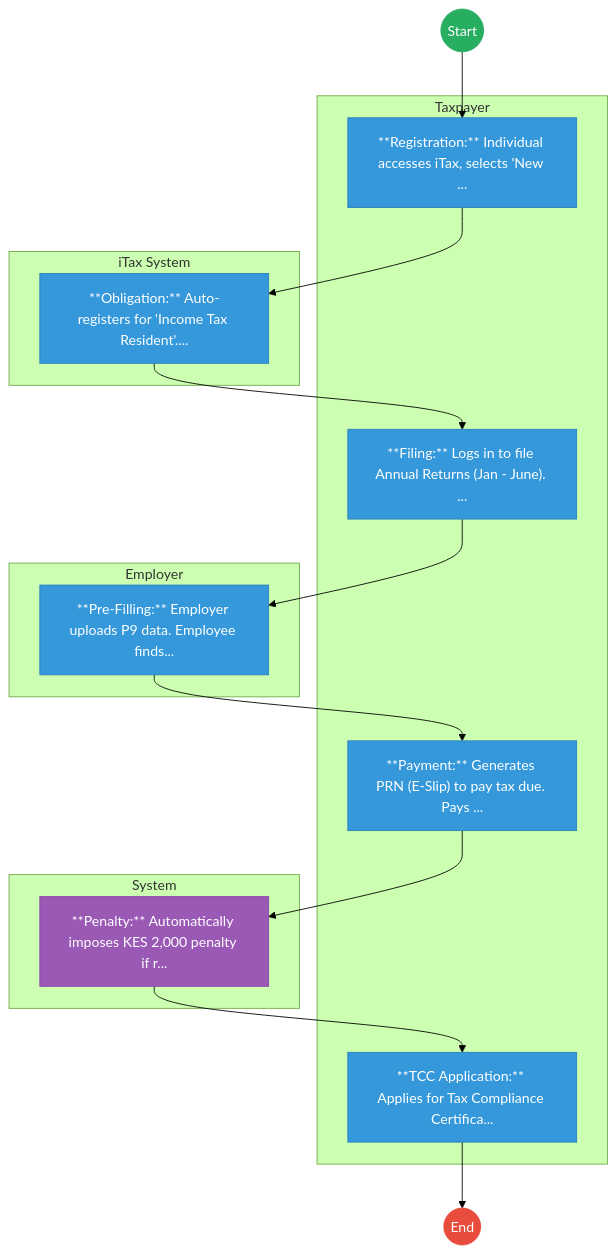
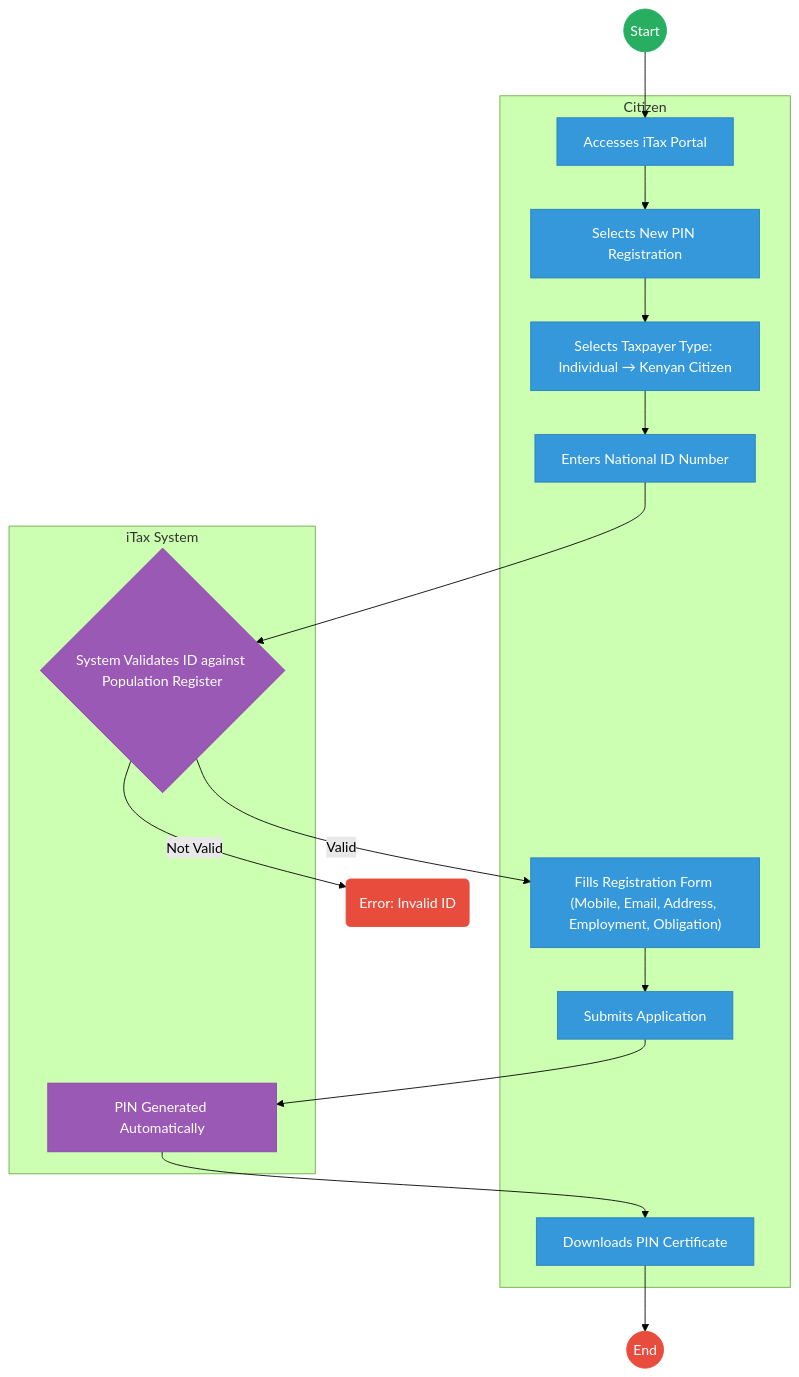
Before and after one commit to BITZ-IT-Consulting-LTD/ictapoc: the first of 2 diagrams in mdas/docs_final/KENYA_REVENUE_AUTHORITY_KRA____Tax_Return_Filing.md, drawn with Mermaid (forest theme). The commit also changed other lines of this file, not shown here.

````diff
--- a/mdas/docs_final/KENYA_REVENUE_AUTHORITY_KRA____Tax_Return_Filing.md
+++ b/mdas/docs_final/KENYA_REVENUE_AUTHORITY_KRA____Tax_Return_Filing.md
@@ -20,40 +33,43 @@
 ```mermaid
 graph TD
     Start((Start)) --> S1
 
-    subgraph Taxpayer [Taxpayer]
-        S1["**Registration:** Individual accesses iTax, selects 'New ..."]
-        S3["**Filing:** Logs in to file Annual Returns (Jan - June). ..."]
-        S5["**Payment:** Generates PRN (E-Slip) to pay tax due. Pays ..."]
-        S7["**TCC Application:** Applies for Tax Compliance Certifica..."]
+    subgraph Citizen [Citizen]
+        S1["Accesses iTax Portal"]
+        S2["Selects New PIN Registration"]
+        S3["Selects Taxpayer Type: Individual → Kenyan Citizen"]
+        S4["Enters National ID Number"]
+        S6["Fills Registration Form (Mobile, Email, Address, Employment, Obligation)"]
+        S7["Submits Application"]
+        S9["Downloads PIN Certificate"]
     end
 
     subgraph iTax_System [iTax System]
-        S2["**Obligation:** Auto-registers for 'Income Tax Resident'...."]
+        S5{"System Validates ID against Population Register"}
+        S8["PIN Generated Automatically"]
     end
 
-    subgraph Employer [Employer]
-        S4["**Pre-Filling:** Employer uploads P9 data. Employee finds..."]
-    end
-
-    subgraph System [System]
-        S6["**Penalty:** Automatically imposes KES 2,000 penalty if r..."]
-    end
     S1 --> S2
     S2 --> S3
     S3 --> S4
     S4 --> S5
-    S5 --> S6
+    S5 -- Valid --> S6
+    S5 -- Not Valid --> E1(Error: Invalid ID)
     S6 --> S7
-    S7 --> End((End))
+    S7 --> S8
+    S8 --> S9
+    S9 --> End((End))
 
     classDef start fill:#27ae60,stroke:#27ae60,color:#fff;
     classDef endNode fill:#e74c3c,stroke:#e74c3c,color:#fff;
     classDef userTask fill:#3498db,stroke:#2980b9,color:#fff;
     classDef serviceTask fill:#9b59b6,stroke:#8e44ad,color:#fff;
+    classDef decisionGateway fill:#f39c12,stroke:#f39c12,color:#fff;
+    classDef error fill:#e74c3c,stroke:#e74c3c,color:#fff;
 
     class Start start;
     class End endNode;
-    class S1,S2,S3,S4,S5,S7 userTask;
-    class S6 serviceTask;
+    class S1,S2,S3,S4,S6,S7,S9 userTask;
+    class S5,S8 serviceTask;
+    class E1 error;
 ```
````
